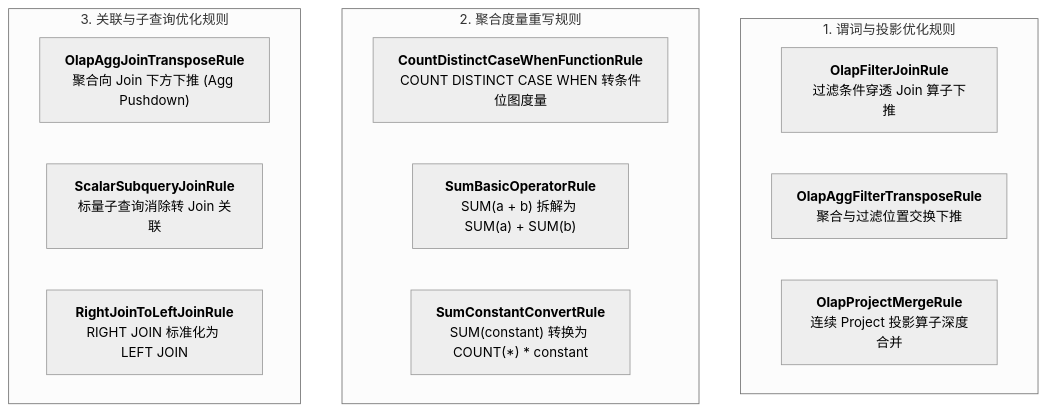
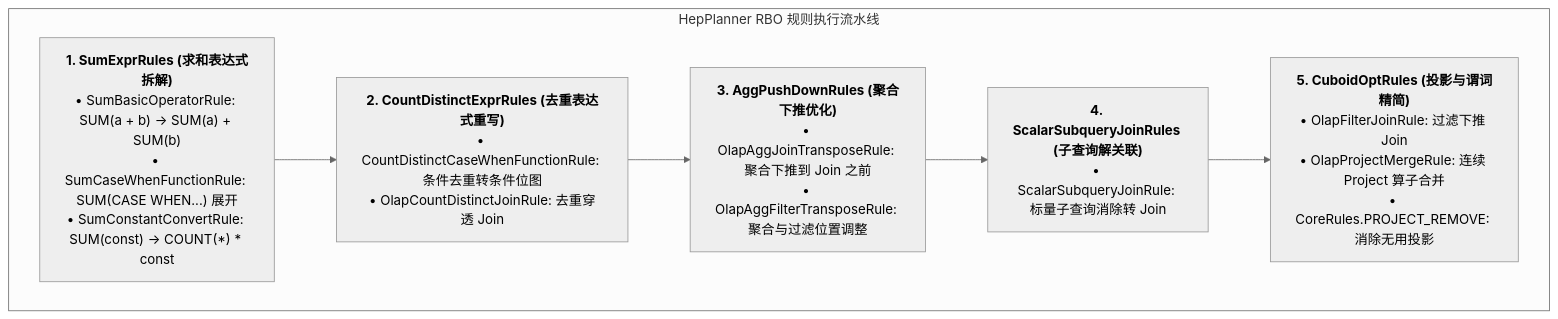
The third of 4 diagrams in posts/2026-08-18-kylin-query-engine-02-olap-rel-and-rules.md (Mrhs121/mrhs121.github.io), drawn with Mermaid (neutral theme) before and after one commit. The commit also changed other lines of this file and 6 other files, not shown here.

````diff
--- a/posts/2026-08-18-kylin-query-engine-02-olap-rel-and-rules.md
+++ b/posts/2026-08-18-kylin-query-engine-02-olap-rel-and-rules.md
@@ -204,20 +92,16 @@
 ```mermaid
 graph TD
-    subgraph RuleGroup1 ["1. 谓词与投影优化规则"]
-        R11["<b>OlapFilterJoinRule</b><br/>过滤条件穿透 Join 算子下推"]
-        R12["<b>OlapAggFilterTransposeRule</b><br/>聚合与过滤位置交换下推"]
-        R13["<b>OlapProjectMergeRule</b><br/>连续 Project 投影算子深度合并"]
-    end
+    subgraph HepPipeline ["HepPlanner RBO 规则执行流水线"]
+        S1["<b>1. SumExprRules (求和表达式拆解)</b><br/>• SumBasicOperatorRule: SUM(a + b) -> SUM(a) + SUM(b)<br/>• SumCaseWhenFunctionRule: SUM(CASE WHEN...) 展开<br/>• SumConstantConvertRule: SUM(const) -> COUNT(*) * const"]
+        
+        S2["<b>2. CountDistinctExprRules (去重表达式重写)</b><br/>• CountDistinctCaseWhenFunctionRule: 条件去重转条件位图<br/>• OlapCountDistinctJoinRule: 去重穿透 Join"]
+        
+        S3["<b>3. AggPushDownRules (聚合下推优化)</b><br/>• OlapAggJoinTransposeRule: 聚合下推到 Join 之前<br/>• OlapAggFilterTransposeRule: 聚合与过滤位置调整"]
+        
+        S4["<b>4. ScalarSubqueryJoinRules (子查询解关联)</b><br/>• ScalarSubqueryJoinRule: 标量子查询消除转 Join"]
+        
+        S5["<b>5. CuboidOptRules (投影与谓词精简)</b><br/>• OlapFilterJoinRule: 过滤下推 Join<br/>• OlapProjectMergeRule: 连续 Project 算子合并<br/>• CoreRules.PROJECT_REMOVE: 消除无用投影"]
 
-    subgraph RuleGroup2 ["2. 聚合度量重写规则"]
-        R21["<b>CountDistinctCaseWhenFunctionRule</b><br/>COUNT DISTINCT CASE WHEN 转条件位图度量"]
-        R22["<b>SumBasicOperatorRule</b><br/>SUM(a + b) 拆解为 SUM(a) + SUM(b)"]
-        R23["<b>SumConstantConvertRule</b><br/>SUM(constant) 转换为 COUNT(*) * constant"]
-    end
-
-    subgraph RuleGroup3 ["3. 关联与子查询优化规则"]
-        R31["<b>OlapAggJoinTransposeRule</b><br/>聚合向 Join 下方下推 (Agg Pushdown)"]
-        R32["<b>ScalarSubqueryJoinRule</b><br/>标量子查询消除转 Join 关联"]
-        R33["<b>RightJoinToLeftJoinRule</b><br/>RIGHT JOIN 标准化为 LEFT JOIN"]
+        S1 --> S2 --> S3 --> S4 --> S5
     end
 ```
````
